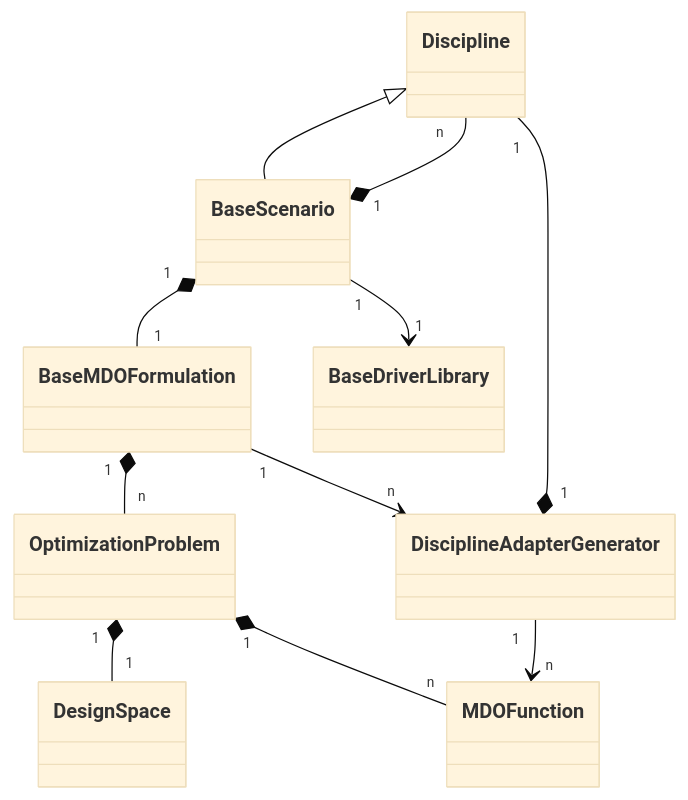
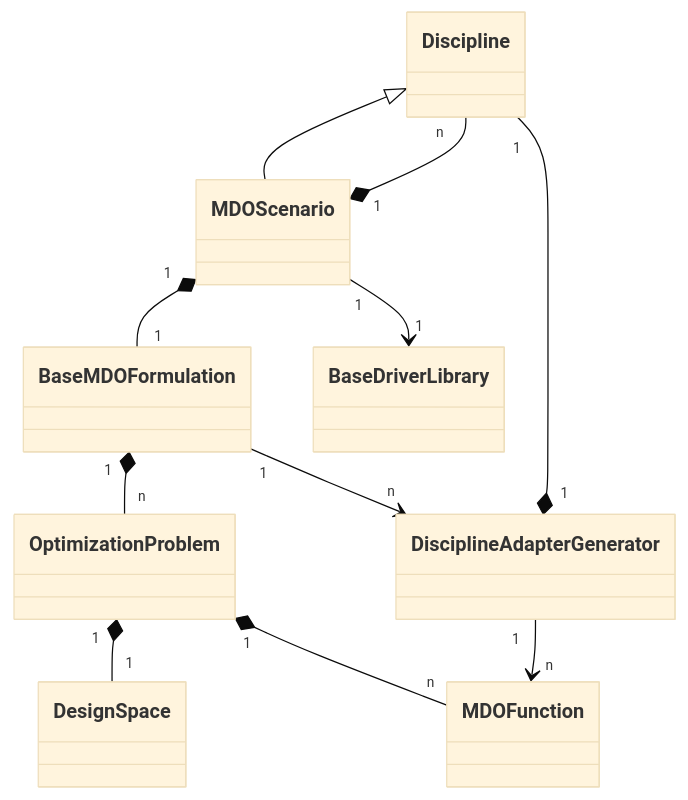
Before and after one commit to gemseo/gemseo: the second of 5 diagrams in docs/software/system_architecture.md, drawn with Mermaid (base theme). The commit also changed other lines of this file and 240 other files, not shown here.

````diff
--- a/docs/software/system_architecture.md
+++ b/docs/software/system_architecture.md
@@ -154,13 +153,13 @@
 ``` mermaid
 classDiagram
-    Discipline <|-- BaseScenario
-    BaseScenario "1" *-- "n" Discipline
-    BaseScenario "1" *-- "1" BaseMDOFormulation
+    Discipline <|-- MDOScenario
+    MDOScenario "1" *-- "n" Discipline
+    MDOScenario "1" *-- "1" BaseMDOFormulation
     BaseMDOFormulation "1" *-- "n" OptimizationProblem
     DisciplineAdapterGenerator "1" --> "n" MDOFunction
     DisciplineAdapterGenerator "1" *-- "1" Discipline
-    BaseScenario "1" --> "1" BaseDriverLibrary
+    MDOScenario "1" --> "1" BaseDriverLibrary
     OptimizationProblem "1" *-- "1" DesignSpace
     OptimizationProblem "1" *-- "n" MDOFunction
     BaseMDOFormulation "1" --> "n" DisciplineAdapterGenerator
 ```
````
